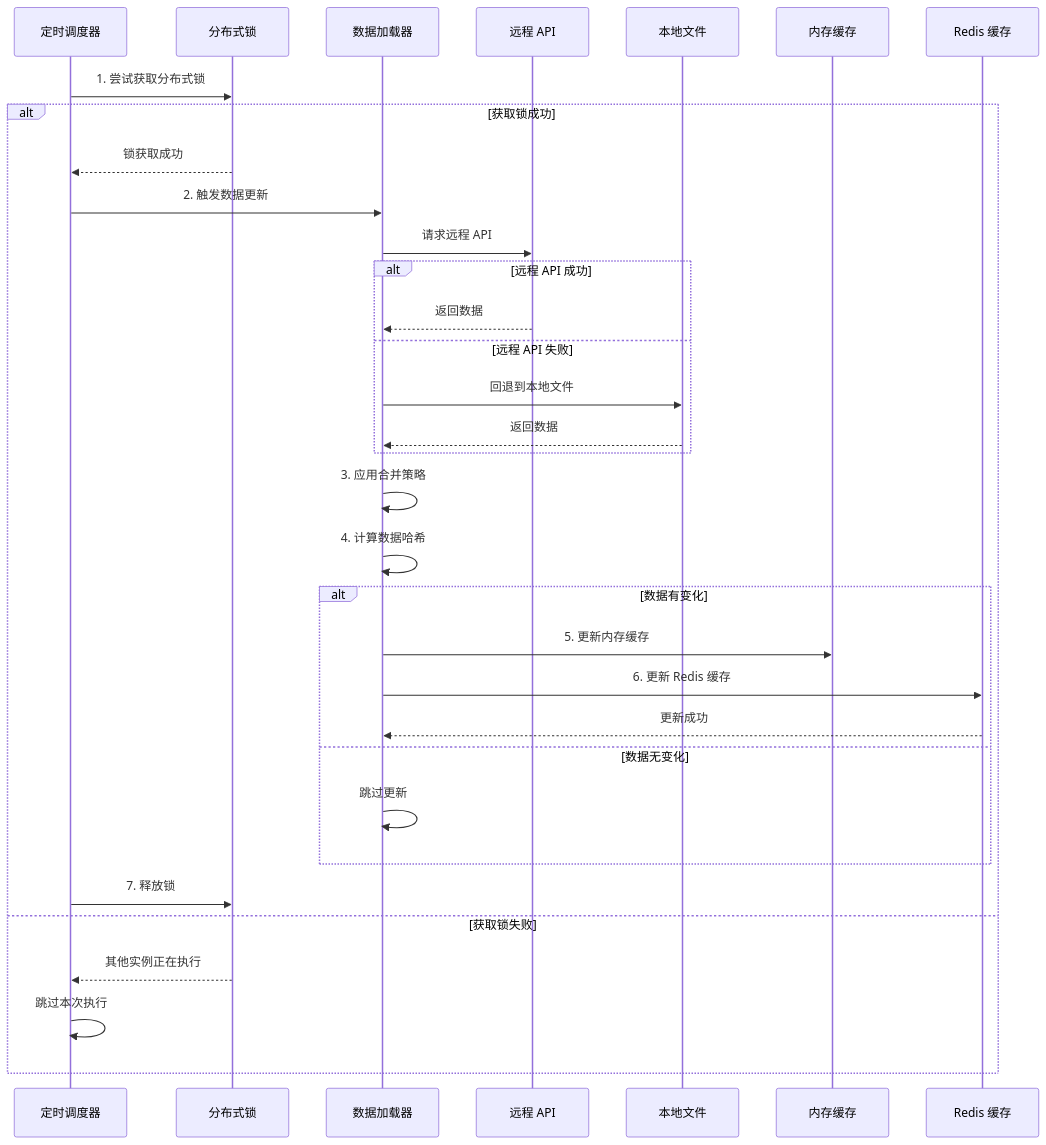
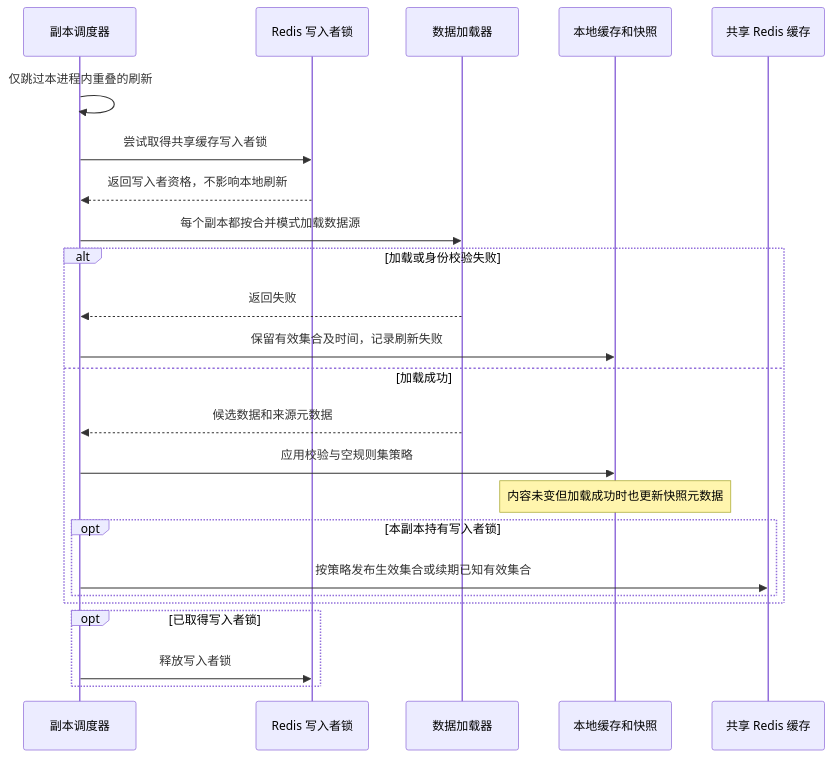
Before and after one commit to soulteary/warden: the third of 7 diagrams in docs/zhCN/ARCHITECTURE.md, drawn with Mermaid. The commit also changed other lines of this file and 1 other file, not shown here.

Commit message:
docs: correct startup and replica refresh flows

````diff
--- a/docs/zhCN/ARCHITECTURE.md
+++ b/docs/zhCN/ARCHITECTURE.md
@@ -136,36 +140,27 @@
 ```mermaid
 sequenceDiagram
-    participant Scheduler as 定时调度器
-    participant Lock as 分布式锁
+    participant Scheduler as 副本调度器
+    participant Lock as Redis 写入者锁
     participant Loader as 数据加载器
-    participant Remote as 远程 API
-    participant Local as 本地文件
-    participant Memory as 内存缓存
-    participant Redis as Redis 缓存
+    participant Memory as 本地缓存和快照
+    participant Redis as 共享 Redis 缓存
 
-    Scheduler->>Lock: 1. 尝试获取分布式锁
-    alt 获取锁成功
-        Lock-->>Scheduler: 锁获取成功
-        Scheduler->>Loader: 2. 触发数据更新
-        Loader->>Remote: 请求远程 API
-        alt 远程 API 成功
-            Remote-->>Loader: 返回数据
-        else 远程 API 失败
-            Loader->>Local: 回退到本地文件
-            Local-->>Loader: 返回数据
+    Scheduler->>Scheduler: 仅跳过本进程内重叠的刷新
+    Scheduler->>Lock: 尝试取得共享缓存写入者锁
+    Lock-->>Scheduler: 返回写入者资格，不影响本地刷新
+    Scheduler->>Loader: 每个副本都按合并模式加载数据源
+    alt 加载或身份校验失败
+        Loader-->>Scheduler: 返回失败
+        Scheduler->>Memory: 保留有效集合及时间，记录刷新失败
+    else 加载成功
+        Loader-->>Scheduler: 候选数据和来源元数据
+        Scheduler->>Memory: 应用校验与空规则集策略
+        Note over Memory: 内容未变但加载成功时也更新快照元数据
+        opt 本副本持有写入者锁
+            Scheduler->>Redis: 按策略发布生效集合或续期已知有效集合
         end
-        Loader->>Loader: 3. 应用合并策略
-        Loader->>Loader: 4. 计算数据哈希
-        alt 数据有变化
-            Loader->>Memory: 5. 更新内存缓存
-            Loader->>Redis: 6. 更新 Redis 缓存
-            Redis-->>Loader: 更新成功
-        else 数据无变化
-            Loader->>Loader: 跳过更新
-        end
-        Scheduler->>Lock: 7. 释放锁
-    else 获取锁失败
-        Lock-->>Scheduler: 其他实例正在执行
-        Scheduler->>Scheduler: 跳过本次执行
+    end
+    opt 已取得写入者锁
+        Scheduler->>Lock: 释放写入者锁
     end
 ```
````
